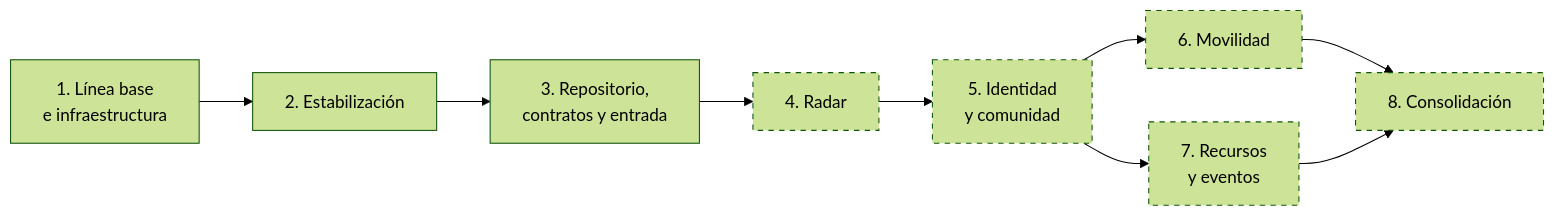
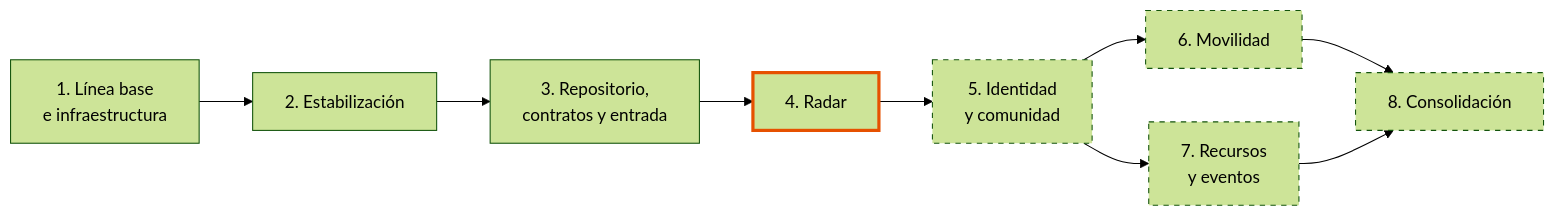
One commit to pillacarodriguezuriel-a11y/social_unsch changed the diagram in docs/07-evaluacion-y-evolucion/03-plan-de-migracion.md. Above: the diagram before and after it, drawn with Mermaid (forest theme). The commit also changed other lines of this file and 44 other files, not shown here.

````diff
--- a/docs/07-evaluacion-y-evolucion/03-plan-de-migracion.md
+++ b/docs/07-evaluacion-y-evolucion/03-plan-de-migracion.md
@@ -9,14 +9,16 @@
 ```mermaid
 flowchart LR
     E1["1. Línea base<br/>e infraestructura"] --> E2["2. Estabilización"]
     E2 --> E3["3. Repositorio,<br/>contratos y entrada"]
     E3 --> E4["4. Radar"]
     E4 --> E5["5. Identidad<br/>y comunidad"]
     E5 --> E6["6. Movilidad"]
     E5 --> E7["7. Recursos<br/>y eventos"]
     E6 --> E8["8. Consolidación"]
     E7 --> E8
 
     classDef propuesto stroke-dasharray: 5 5
-    class E4,E5,E6,E7,E8 propuesto
+    classDef parcial stroke:#e65100,stroke-width:3px
+    class E4 parcial
+    class E5,E6,E7,E8 propuesto
 ```
````
